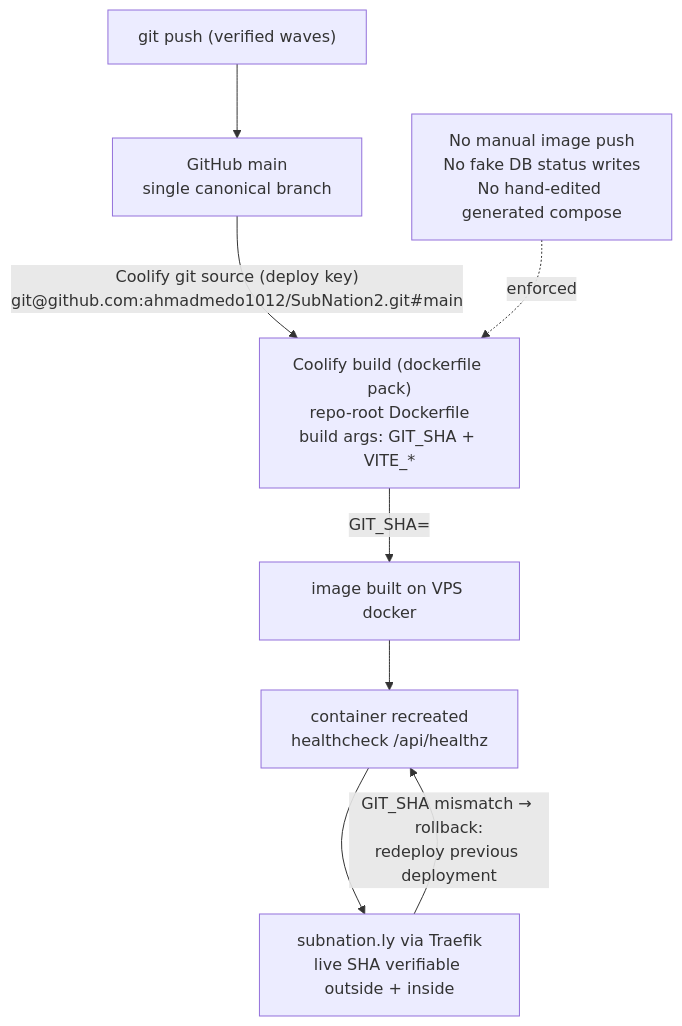
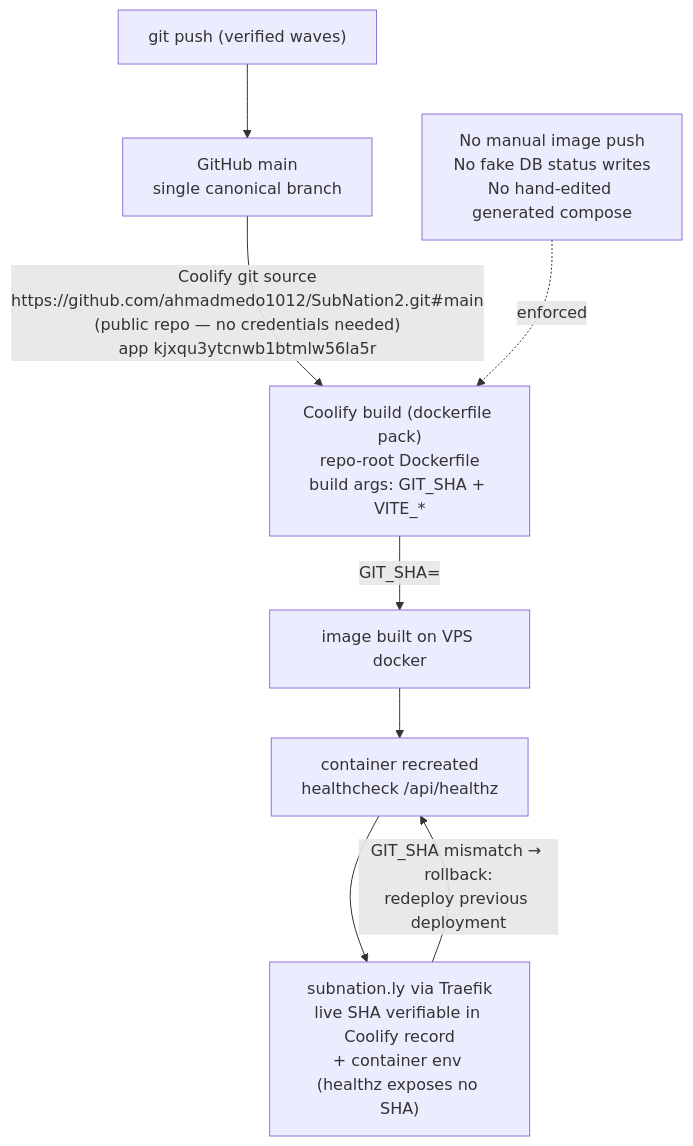
The diagram in docs/project-graph/03-deployment-target.mmd (ahmadmedo1012/SubNation2), drawn with Mermaid before and after one commit. The commit also changed 43 other files, not shown here.

```diff
--- a/docs/project-graph/03-deployment-target.mmd
+++ b/docs/project-graph/03-deployment-target.mmd
@@ -1,10 +1,12 @@
-%% Deployment chain — TARGET (Wave 1): Coolify is the real deployment authority
+%% Deployment chain — CURRENT: Coolify is the deployment authority since Wave 1 (2026-10-05)
+%% (This was the "TARGET (Wave 1)" map at Wave 0; Wave 1 executed it, so it now describes the
+%%  live chain. The pre-Wave-1 panel it replaced is preserved in git history as 03-deployment.mmd.)
 graph TB
     DEV["git push (verified waves)"] --> GH["GitHub main<br/>single canonical branch"]
-    GH -->|"Coolify git source (deploy key)<br/>git@github.com:ahmadmedo1012/SubNation2.git#main"| CL["Coolify build (dockerfile pack)<br/>repo-root Dockerfile<br/>build args: GIT_SHA + VITE_*"]
+    GH -->|"Coolify git source<br/>https://github.com/ahmadmedo1012/SubNation2.git#main<br/>(public repo — no credentials needed)<br/>app kjxqu3ytcnwb1btmlw56la5r"| CL["Coolify build (dockerfile pack)<br/>repo-root Dockerfile<br/>build args: GIT_SHA + VITE_*"]
     CL -->|"GIT_SHA=<short sha>"| IMG["image built on VPS docker"]
     IMG --> CN["container recreated<br/>healthcheck /api/healthz"]
-    CN --> LIVE["subnation.ly via Traefik<br/>live SHA verifiable outside + inside"]
+    CN --> LIVE["subnation.ly via Traefik<br/>live SHA verifiable in Coolify record<br/>+ container env (healthz exposes no SHA)"]
     LIVE -->|"GIT_SHA mismatch → rollback:<br/>redeploy previous deployment"| CN
 
     MAN["No manual image push<br/>No fake DB status writes<br/>No hand-edited generated compose"] -.->|enforced| CL
```
